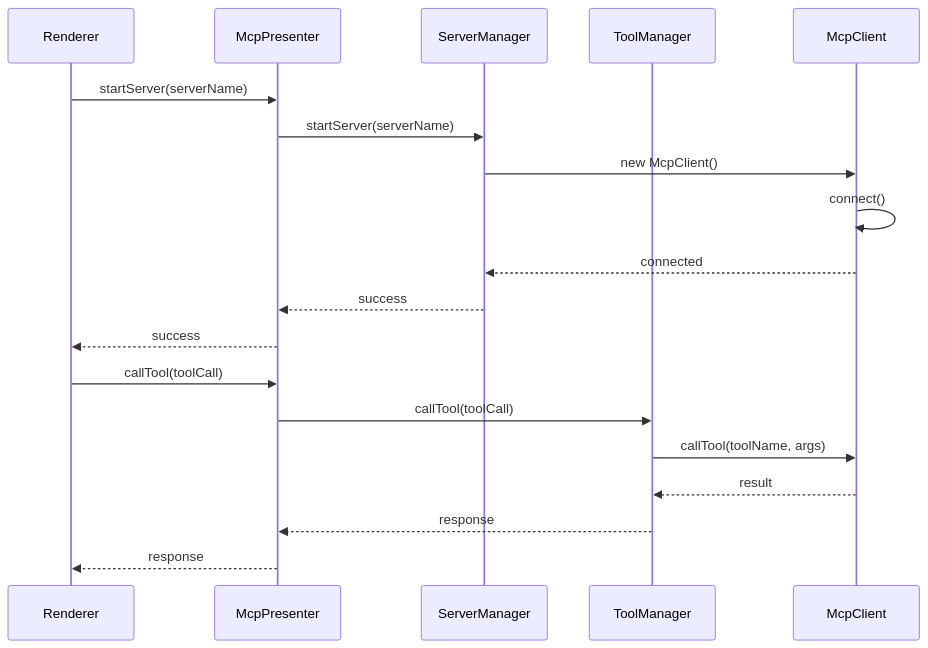
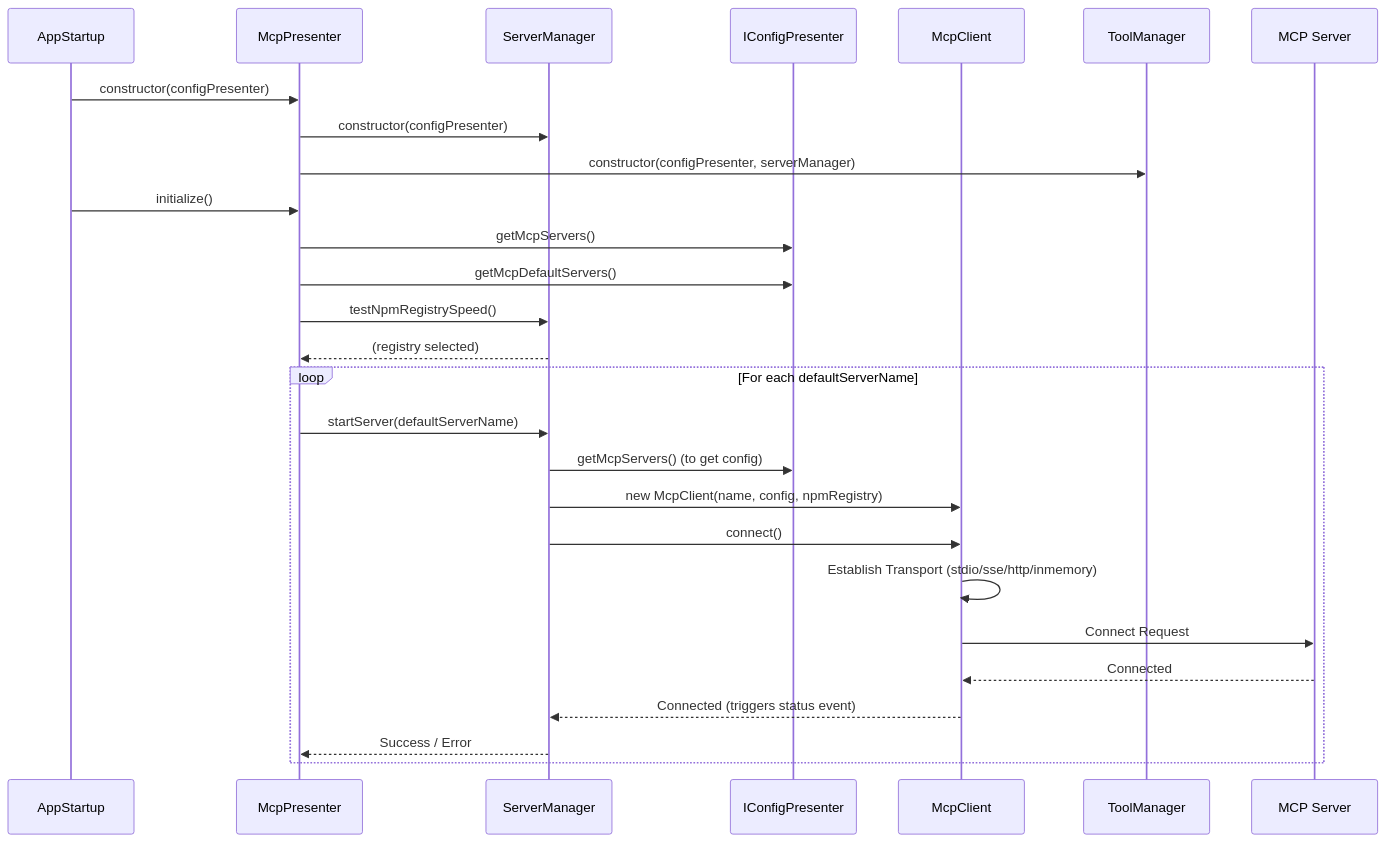
Before and after one commit to wangle201210/deepchat: the second of 3 diagrams in docs/mcp-presenter-architecture.md, drawn with Mermaid. The commit also changed other lines of this file and 1 other file, not shown here.

Commit message:
update docs for mcp

````diff
--- a/docs/mcp-presenter-architecture.md
+++ b/docs/mcp-presenter-architecture.md
@@ -66,23 +167,28 @@
 ```mermaid
 sequenceDiagram
-    participant Renderer
+    participant AppStartup
     participant McpPresenter
     participant ServerManager
-    participant ToolManager
+    participant IConfigPresenter
     participant McpClient
 
-    Renderer->>McpPresenter: startServer(serverName)
-    McpPresenter->>ServerManager: startServer(serverName)
-    ServerManager->>McpClient: new McpClient()
-    McpClient->>McpClient: connect()
-    McpClient-->>ServerManager: connected
-    ServerManager-->>McpPresenter: success
-    McpPresenter-->>Renderer: success
-
-    Renderer->>McpPresenter: callTool(toolCall)
-    McpPresenter->>ToolManager: callTool(toolCall)
-    ToolManager->>McpClient: callTool(toolName, args)
-    McpClient-->>ToolManager: result
-    ToolManager-->>McpPresenter: response
-    McpPresenter-->>Renderer: response
+    AppStartup->>McpPresenter: constructor(configPresenter)
+    McpPresenter->>ServerManager: constructor(configPresenter)
+    McpPresenter->>ToolManager: constructor(configPresenter, serverManager)
+    AppStartup->>McpPresenter: initialize()
+    McpPresenter->>IConfigPresenter: getMcpServers()
+    McpPresenter->>IConfigPresenter: getMcpDefaultServers()
+    McpPresenter->>ServerManager: testNpmRegistrySpeed()
+    ServerManager-->>McpPresenter: (registry selected)
+    loop For each defaultServerName
+        McpPresenter->>ServerManager: startServer(defaultServerName)
+        ServerManager->>IConfigPresenter: getMcpServers() (to get config)
+        ServerManager->>McpClient: new McpClient(name, config, npmRegistry)
+        ServerManager->>McpClient: connect()
+        McpClient->>McpClient: Establish Transport (stdio/sse/http/inmemory)
+        McpClient->>MCP Server: Connect Request
+        MCP Server-->>McpClient: Connected
+        McpClient-->>ServerManager: Connected (triggers status event)
+        ServerManager-->>McpPresenter: Success / Error
+    end
 ```
````
